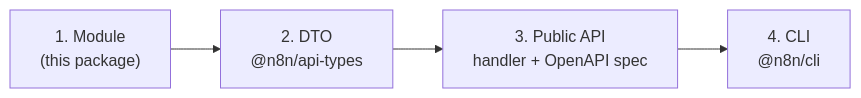
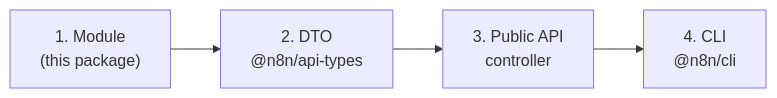
The diagram in packages/cli/src/modules/n8n-packages/CLAUDE.md (Flipped-168/n8n), drawn with Mermaid before and after one commit. The commit also changed other lines of this file and 230 other files, not shown here.

First line of the commit message:
refactor(API): Retire the express-openapi-validator stack from the Public API

````diff
--- a/packages/cli/src/modules/n8n-packages/CLAUDE.md
+++ b/packages/cli/src/modules/n8n-packages/CLAUDE.md
@@ -14,6 +14,6 @@
 ```mermaid
 flowchart LR
   M["1. Module<br/>(this package)"] --> D["2. DTO<br/>@n8n/api-types"]
-  D --> A["3. Public API<br/>handler + OpenAPI spec"]
+  D --> A["3. Public API<br/>controller"]
   A --> C["4. CLI<br/>@n8n/cli"]
 ```
````
